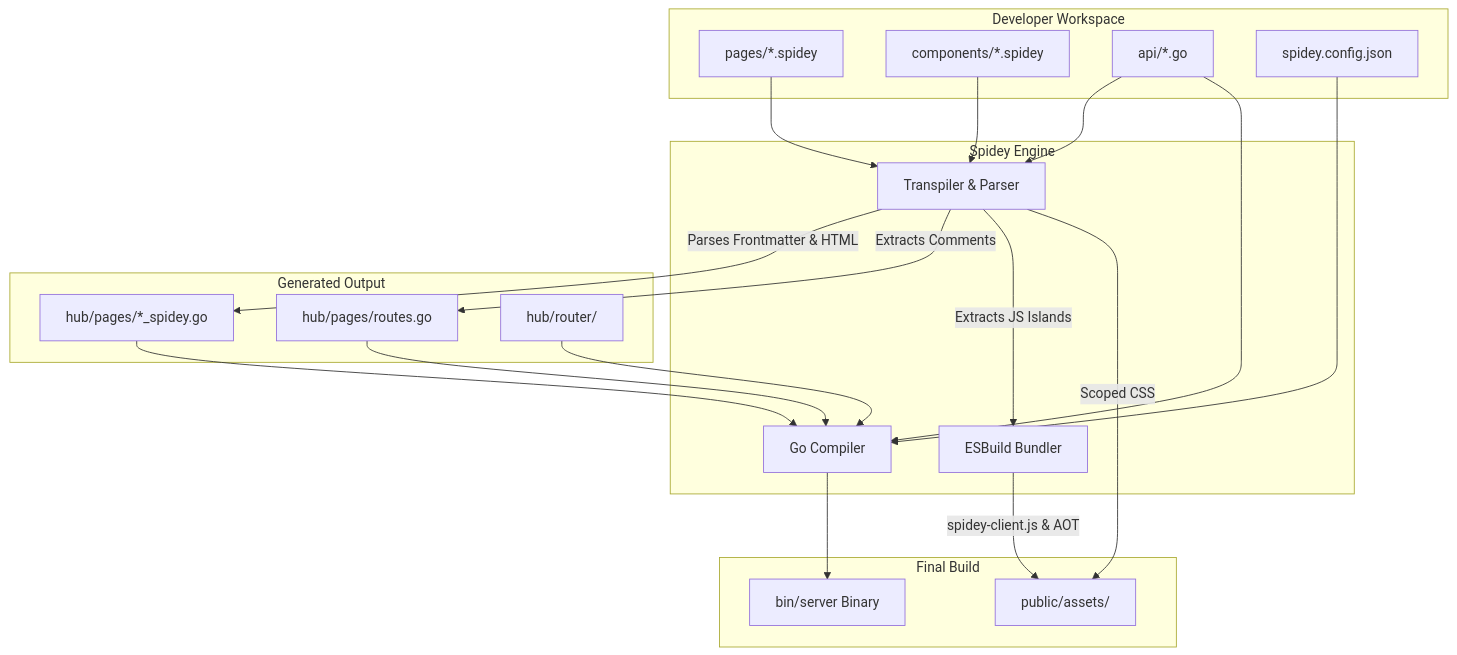
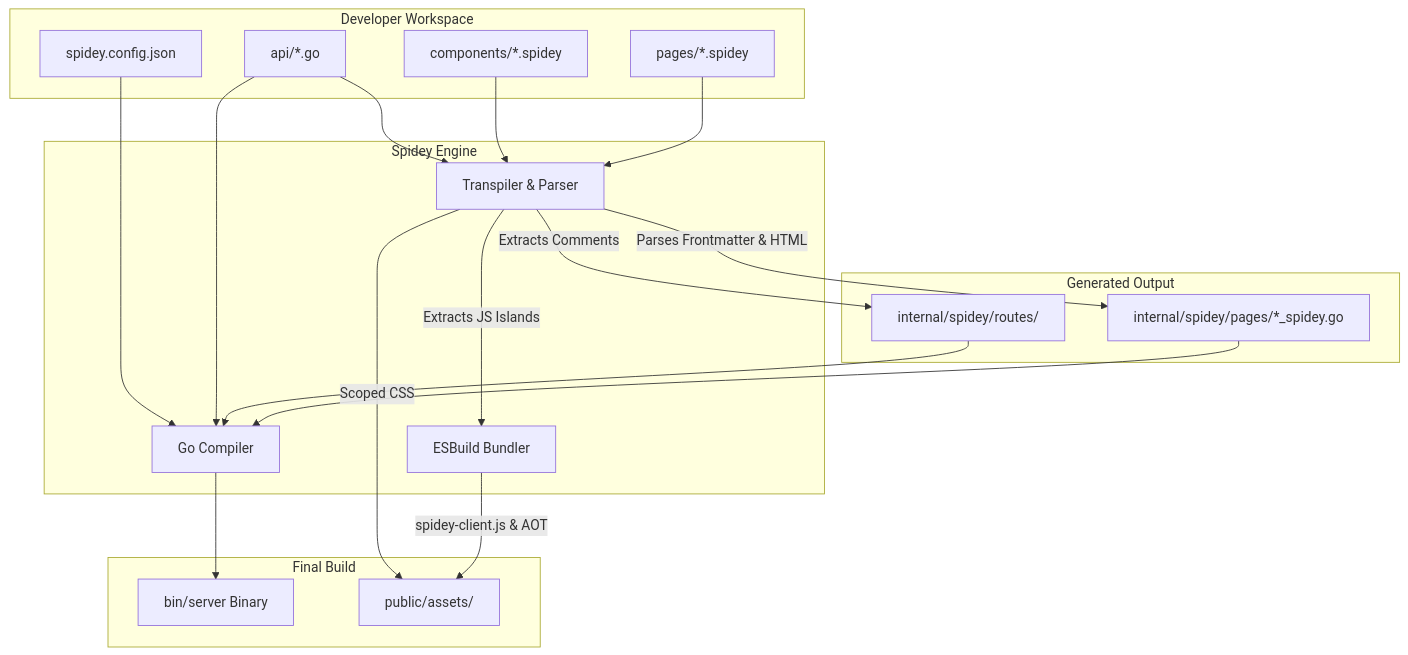
The first of 2 diagrams in docs/architecture.md (Saviru/spidey), drawn with Mermaid before and after one commit. The commit also changed other lines of this file, not shown here.

Commit message:
docs: Update generated/internal file paths

````diff
--- a/docs/architecture.md
+++ b/docs/architecture.md
@@ -7,45 +7,43 @@
 ```mermaid
 graph TD
     subgraph workspace [Developer Workspace]
         Pages["pages/*.spidey"]
         Components["components/*.spidey"]
         API["api/*.go"]
         Config["spidey.config.json"]
     end
 
     subgraph engine [Spidey Engine]
         Transpiler["Transpiler & Parser"]
         ESBuild["ESBuild Bundler"]
         GoCompiler["Go Compiler"]
     end
 
-    subgraph hub [Generated Output]
-        GoRoutes["hub/pages/routes.go"]
-        GoPages["hub/pages/*_spidey.go"]
-        Router["hub/router/"]
+    subgraph gen [Generated Output]
+        GoRoutes["internal/spidey/routes/"]
+        GoPages["internal/spidey/pages/*_spidey.go"]
     end
     
     subgraph build [Final Build]
         Binary["bin/server Binary"]
         Assets["public/assets/"]
     end
 
     Pages --> Transpiler
     Components --> Transpiler
     API --> Transpiler
     
     Transpiler -->|Parses Frontmatter & HTML| GoPages
     Transpiler -->|Extracts Comments| GoRoutes
     Transpiler -->|Extracts JS Islands| ESBuild
     
     GoPages --> GoCompiler
     GoRoutes --> GoCompiler
-    Router --> GoCompiler
     API --> GoCompiler
     Config --> GoCompiler
     
     ESBuild -->|spidey-client.js & AOT| Assets
     Transpiler -->|Scoped CSS| Assets
     
     GoCompiler --> Binary
 ```
````
